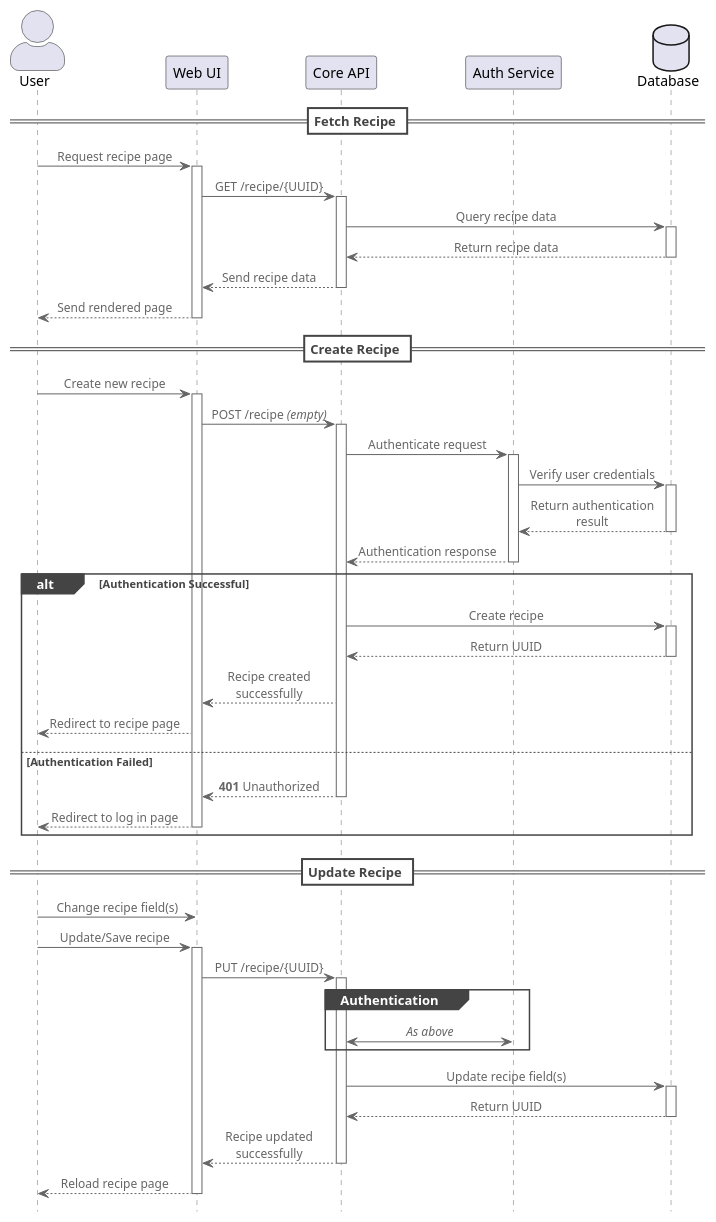
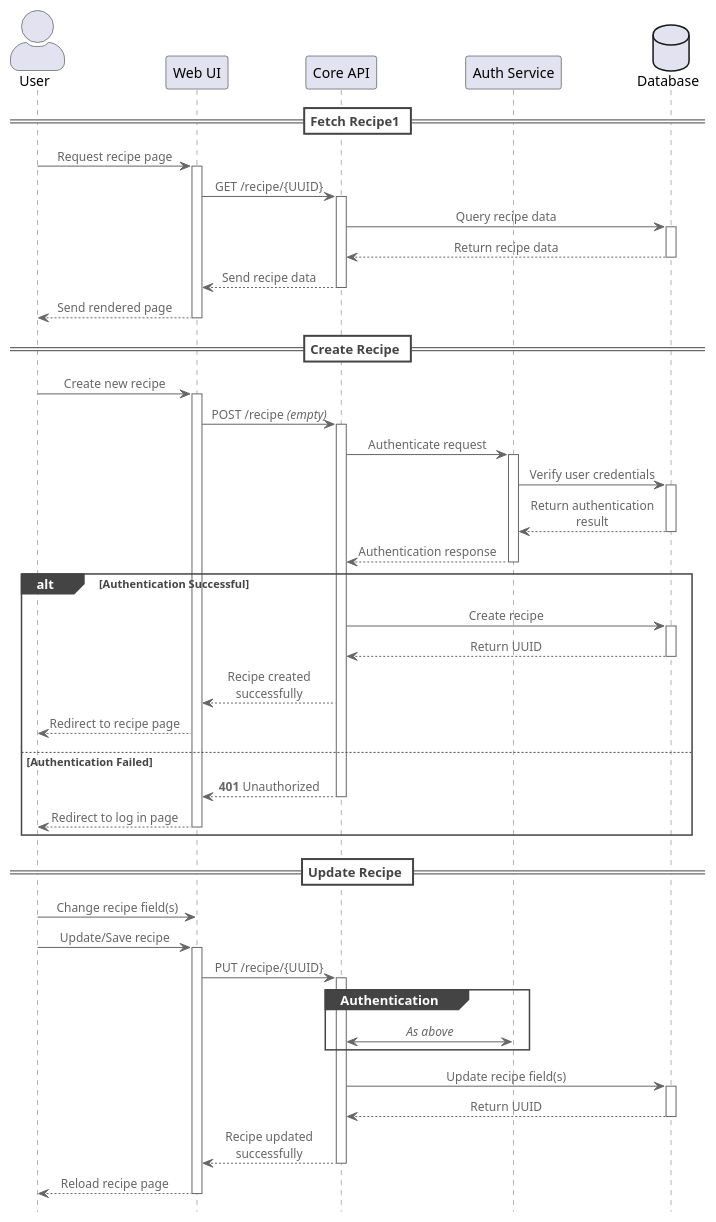
The diagram in docs/sequence.puml (AntonLuning/RecipeBank), drawn with PlantUML before and after one commit.

Commit message:
Test pipeline trigger

```diff
--- a/docs/sequence.puml
+++ b/docs/sequence.puml
@@ -1,56 +1,56 @@
 @startuml RecipeApp Fetch Recipe Sequence
 
 !include https://raw.githubusercontent.com/plantuml-stdlib/C4-PlantUML/master/C4_Sequence.puml
 
-== Fetch Recipe ==
+== Fetch Recipe1 ==
 
 actor User as user
 participant "Web UI" as web_ui
 participant "Core API" as core_api
 participant "Auth Service" as auth_service
 database "Database" as db
 
 user -> web_ui ++ : Request recipe page
 web_ui -> core_api ++ : GET /recipe/{UUID}
 core_api -> db ++ : Query recipe data
 return Return recipe data
 return Send recipe data
 return Send rendered page
 
 == Create Recipe ==
 
 user -> web_ui ++ : Create new recipe
 
 web_ui -> core_api ++ : POST /recipe //(empty)//
 core_api -> auth_service ++ : Authenticate request
 auth_service -> db ++ : Verify user credentials
 return Return authentication result
 return Authentication response
 
 alt Authentication Successful
     core_api -> db ++ : Create recipe 
     return Return UUID
     web_ui <-- core_api : Recipe created successfully
     user <-- web_ui : Redirect to recipe page
 else Authentication Failed
     return **401** Unauthorized
     return Redirect to log in page
 end
 
 == Update Recipe ==
 
 user -> web_ui : Change recipe field(s)
 user -> web_ui ++ : Update/Save recipe
 
 web_ui -> core_api ++ : PUT /recipe/{UUID}
 
 group Authentication
     core_api <-> auth_service : //As above//
 end
 
 core_api -> db ++ : Update recipe field(s)
 return Return UUID
 return Recipe updated successfully
 return Reload recipe page
 
 @enduml
```
